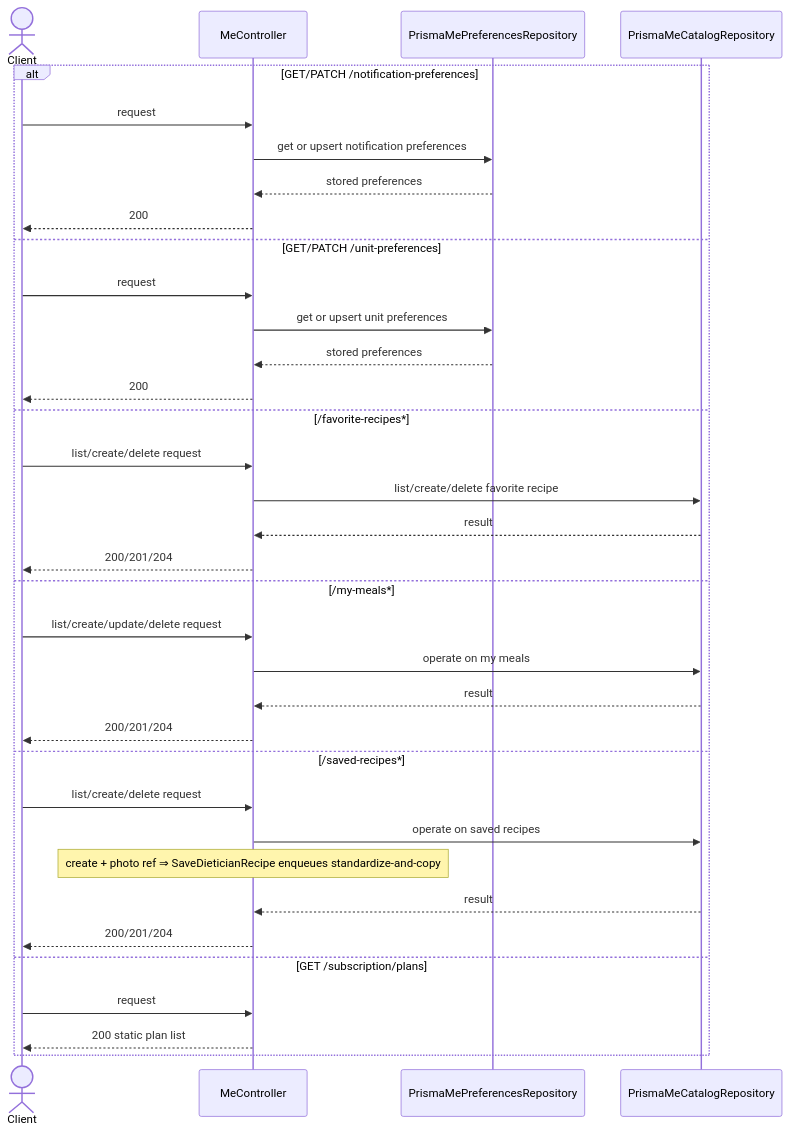
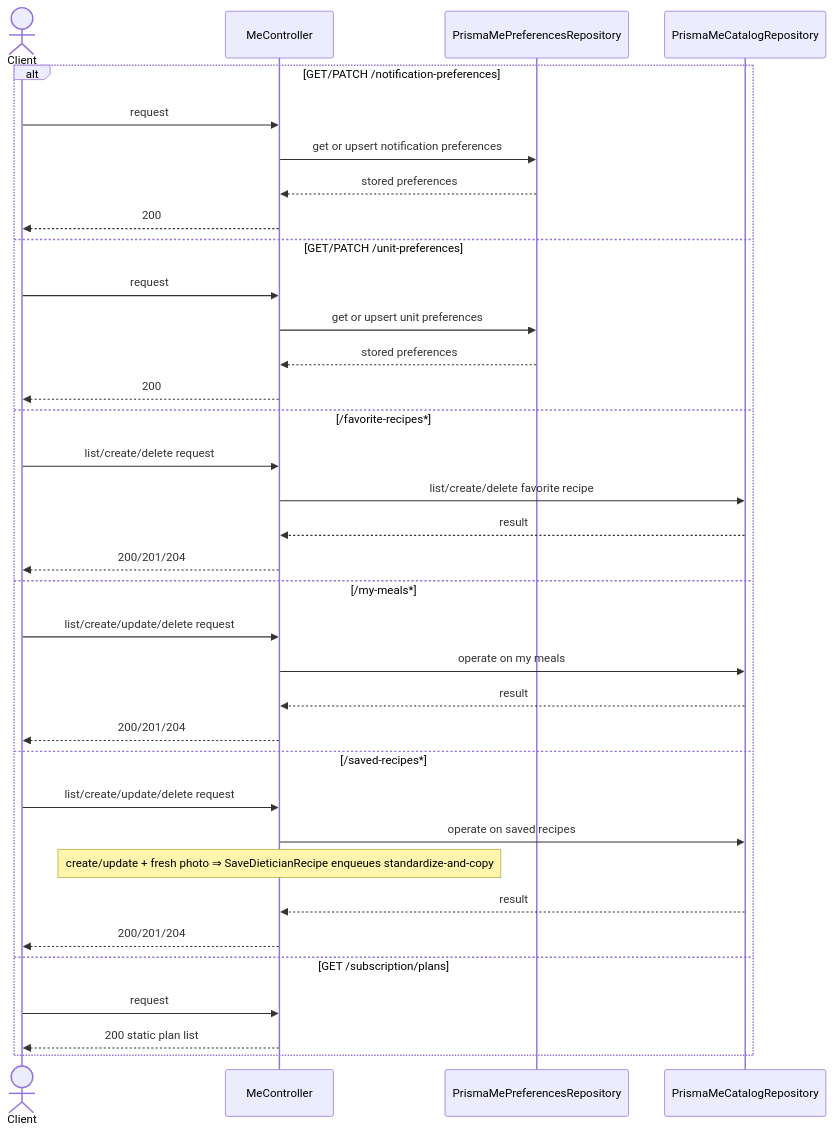
One commit to yusufhoglu/betterEatBetter-server changed the second of 2 diagrams in src/modules/me/me-doc.md. Above: the diagram before and after it, drawn with Mermaid. The commit also changed other lines of this file and 10 other files, not shown here.

````diff
--- a/src/modules/me/me-doc.md
+++ b/src/modules/me/me-doc.md
@@ -80,38 +81,38 @@
 ```mermaid
 sequenceDiagram
     actor Client
     participant Controller as MeController
     participant PrefRepo as PrismaMePreferencesRepository
     participant CatalogRepo as PrismaMeCatalogRepository
 
     alt GET/PATCH /notification-preferences
         Client->>Controller: request
         Controller->>PrefRepo: get or upsert notification preferences
         PrefRepo-->>Controller: stored preferences
         Controller-->>Client: 200
     else GET/PATCH /unit-preferences
         Client->>Controller: request
         Controller->>PrefRepo: get or upsert unit preferences
         PrefRepo-->>Controller: stored preferences
         Controller-->>Client: 200
     else /favorite-recipes*
         Client->>Controller: list/create/delete request
         Controller->>CatalogRepo: list/create/delete favorite recipe
         CatalogRepo-->>Controller: result
         Controller-->>Client: 200/201/204
     else /my-meals*
         Client->>Controller: list/create/update/delete request
         Controller->>CatalogRepo: operate on my meals
         CatalogRepo-->>Controller: result
         Controller-->>Client: 200/201/204
     else /saved-recipes*
-        Client->>Controller: list/create/delete request
+        Client->>Controller: list/create/update/delete request
         Controller->>CatalogRepo: operate on saved recipes
-        note over Controller: create + photo ref ⇒ SaveDieticianRecipe enqueues standardize-and-copy
+        note over Controller: create/update + fresh photo ⇒ SaveDieticianRecipe enqueues standardize-and-copy
         CatalogRepo-->>Controller: result
         Controller-->>Client: 200/201/204
     else GET /subscription/plans
         Client->>Controller: request
         Controller-->>Client: 200 static plan list
     end
 ```
````
